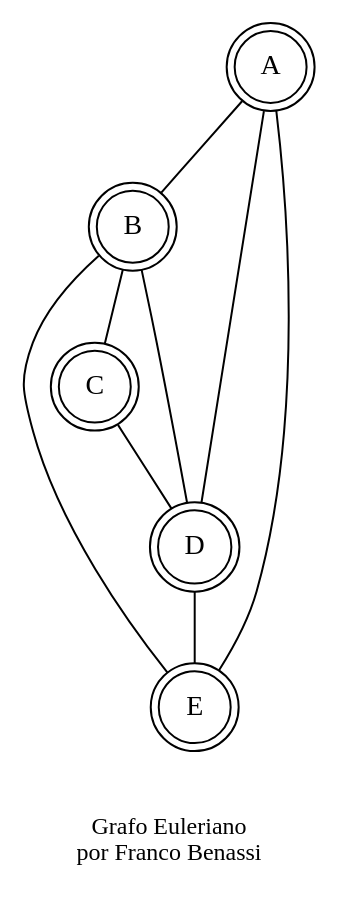
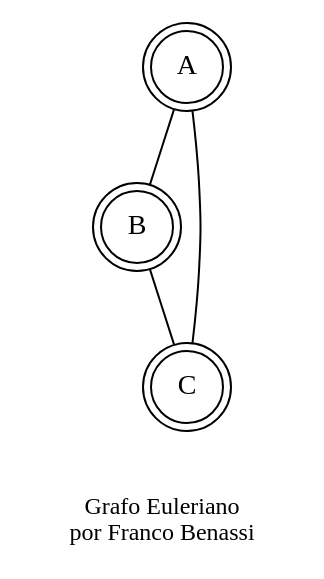
Before and after one commit to VinceBenassi/BenassiF-Repositorio: the diagram in euleriano.gv, drawn with Graphviz. The commit also changed 5 other files, not shown here.

```diff
--- a/euleriano.gv
+++ b/euleriano.gv
@@ -1,27 +1,12 @@
 graph G {
 	node [shape=doublecircle]
 	A
 	A -- B
 	node [shape=doublecircle]
 	B
 	B -- C
 	node [shape=doublecircle]
 	C
-	C -- D
-	node [shape=doublecircle]
-	D
-	D -- E
-	node [shape=doublecircle]
-	E
-	E -- B
-	node [shape=doublecircle]
-	B
-	B -- D
-	node [shape=doublecircle]
-	D
-	D -- A
-	node [shape=doublecircle]
-	A
-	A -- E
+	C -- A
 	fontsize=12 label="\n\nGrafo Euleriano\n por Franco Benassi"
 }
```
